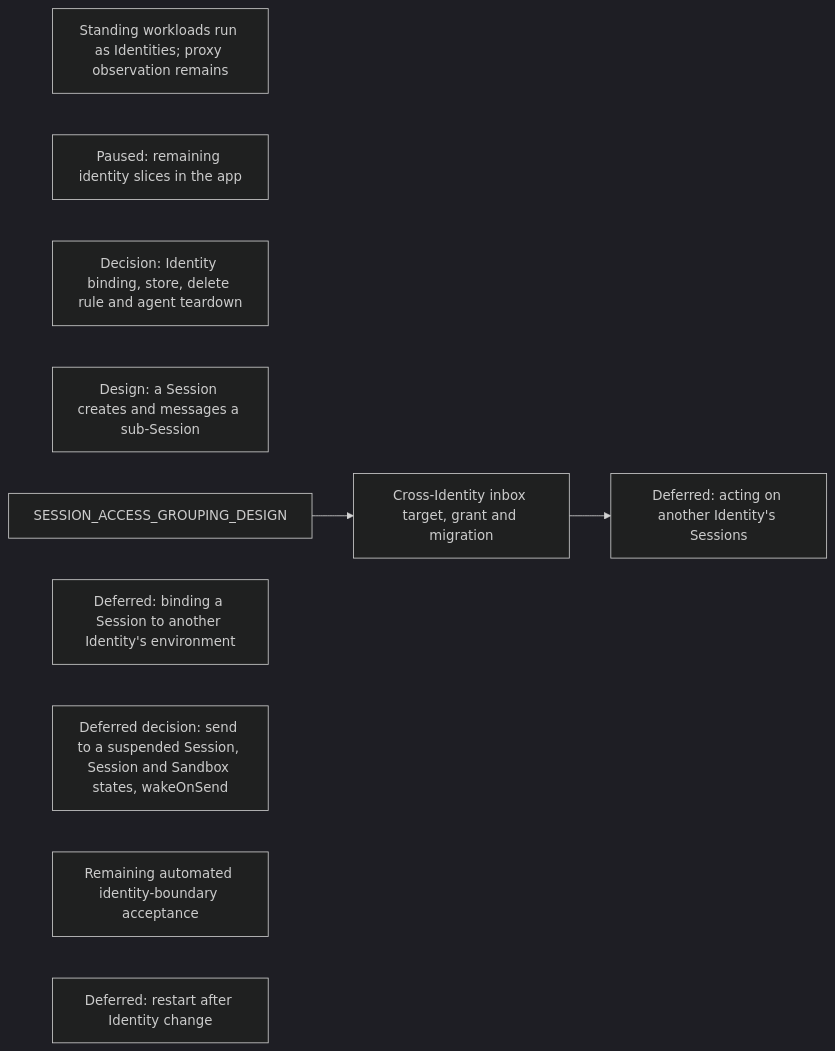
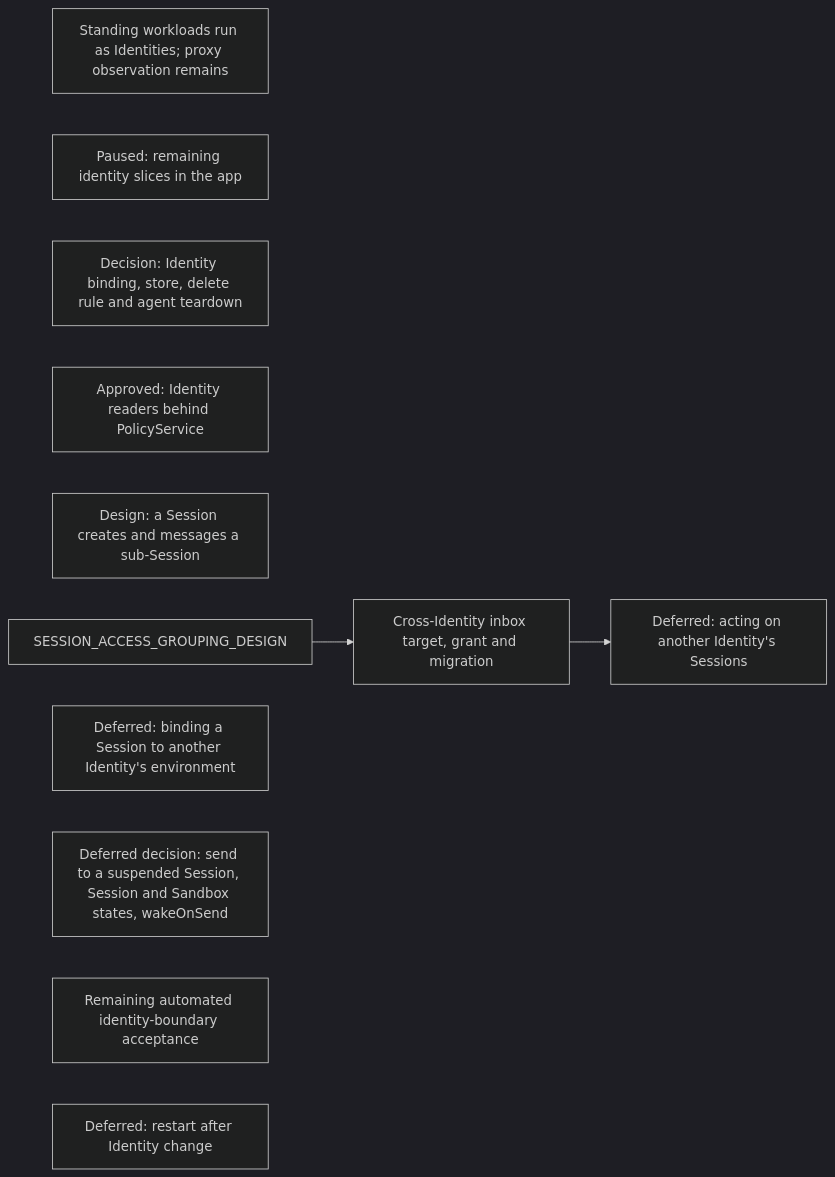
Diagram 16 of 18 in agentplane/plans/task_dag.md (agentydragon/ducktape), drawn with Mermaid (dark theme) before and after one commit. The commit also changed other lines of this file and 1 other file, not shown here.

First line of the commit message:
Identity ownership: record the dry-run check and the approved reader move

````diff
--- a/agentplane/plans/task_dag.md
+++ b/agentplane/plans/task_dag.md
@@ -3548,13 +3548,14 @@
 ```mermaid
 flowchart LR
     STANDING_WORKLOAD_IDENTITY[Standing workloads run as Identities; proxy observation remains]
     APP_IDENTITIES_UI[Paused: remaining identity slices in the app]
     IDENTITY_OWNERSHIP_DESIGN[Decision: Identity binding, store, delete rule and agent teardown]
+    IDENTITY_READERS_BEHIND_POLICY_SERVICE[Approved: Identity readers behind PolicyService]
     SESSION_SUBAGENT_DELEGATION[Design: a Session creates and messages a sub-Session]
     SESSION_ACCESS_GROUPING_DESIGN --> SESSION_IDENTITY_AUTHZ[Cross-Identity inbox target, grant and migration]
     SESSION_IDENTITY_AUTHZ --> SESSION_CROSS_IDENTITY_AUTHORITY[Deferred: acting on another Identity's Sessions]
     CROSS_IDENTITY_SESSION_BINDING[Deferred: binding a Session to another Identity's environment]
     WAKE_ON_DELIVERY_DESIGN[Deferred decision: send to a suspended Session, Session and Sandbox states, wakeOnSend]
     IDENTITY_SYSTEM_TESTS[Remaining automated identity-boundary acceptance]
     SANDBOX_IDENTITY_CHANGE_CHECKPOINT[Deferred: restart after Identity change]
 ```
````
